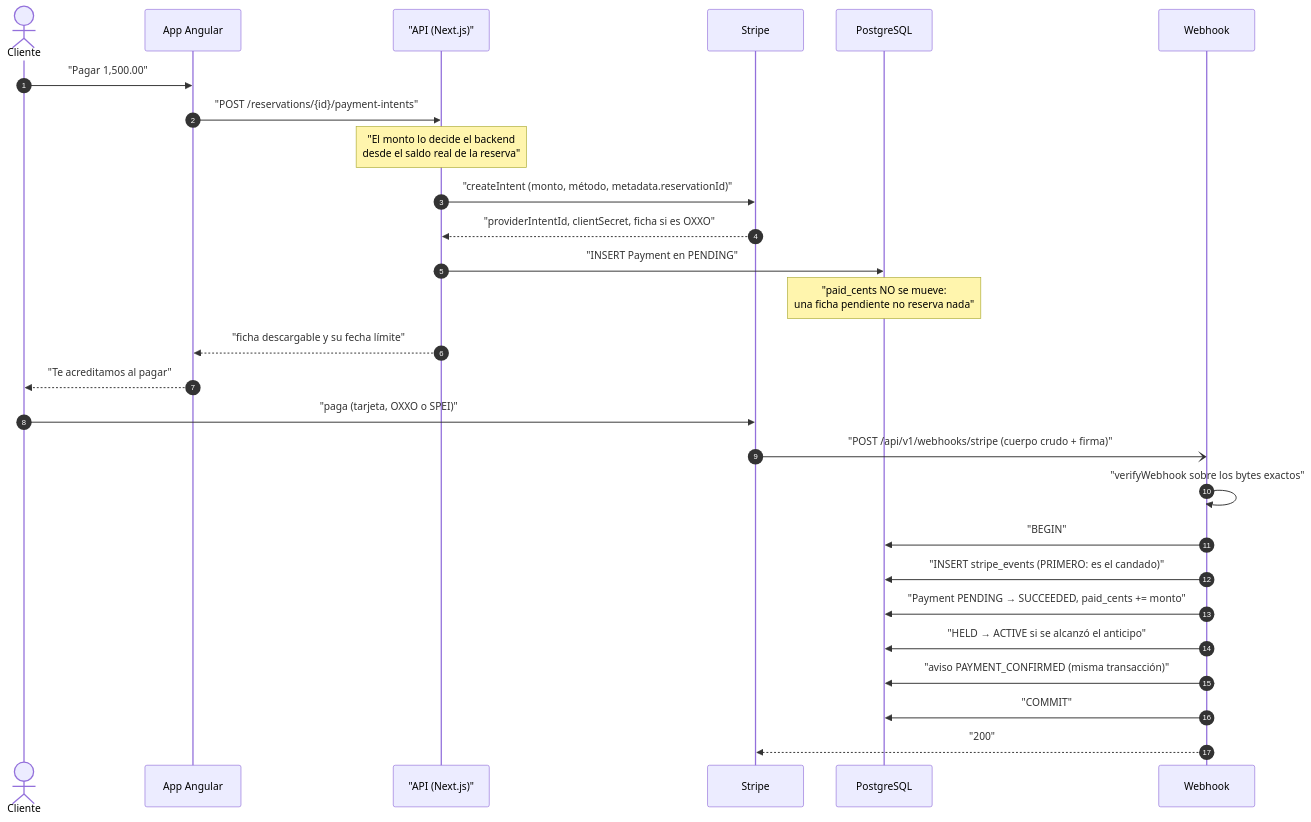
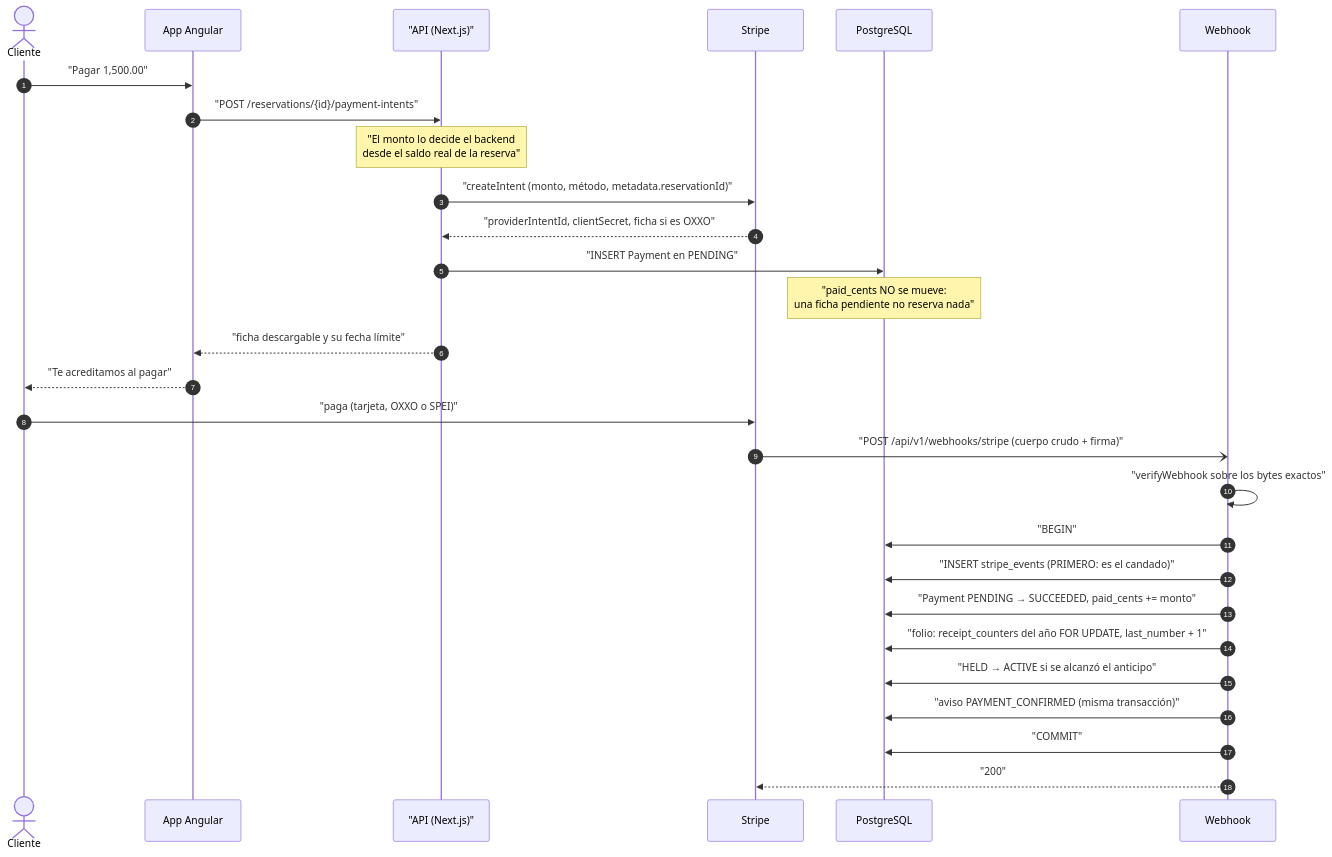
One commit to erickgs2/ruta_mochilera changed the first of 8 diagrams in docs/diagrams/payment-flow.md. Above: the diagram before and after it, drawn with Mermaid. The commit also changed other lines of this file and 10 other files, not shown here.

````diff
--- a/docs/diagrams/payment-flow.md
+++ b/docs/diagrams/payment-flow.md
@@ -18,31 +18,32 @@
 ```mermaid
 sequenceDiagram
     autonumber
     actor C as Cliente
     participant App as App Angular
     participant API as "API (Next.js)"
     participant S as Stripe
     participant DB as PostgreSQL
     participant W as Webhook
 
     C->>App: "Pagar 1,500.00"
     App->>API: "POST /reservations/{id}/payment-intents"
     Note over API: "El monto lo decide el backend<br/>desde el saldo real de la reserva"
     API->>S: "createIntent (monto, método, metadata.reservationId)"
     S-->>API: "providerIntentId, clientSecret, ficha si es OXXO"
     API->>DB: "INSERT Payment en PENDING"
     Note over DB: "paid_cents NO se mueve:<br/>una ficha pendiente no reserva nada"
     API-->>App: "ficha descargable y su fecha límite"
     App-->>C: "Te acreditamos al pagar"
 
     C->>S: "paga (tarjeta, OXXO o SPEI)"
     S-)W: "POST /api/v1/webhooks/stripe (cuerpo crudo + firma)"
     W->>W: "verifyWebhook sobre los bytes exactos"
     W->>DB: "BEGIN"
     W->>DB: "INSERT stripe_events (PRIMERO: es el candado)"
     W->>DB: "Payment PENDING → SUCCEEDED, paid_cents += monto"
+    W->>DB: "folio: receipt_counters del año FOR UPDATE, last_number + 1"
     W->>DB: "HELD → ACTIVE si se alcanzó el anticipo"
     W->>DB: "aviso PAYMENT_CONFIRMED (misma transacción)"
     W->>DB: "COMMIT"
     W-->>S: "200"
 ```
````
